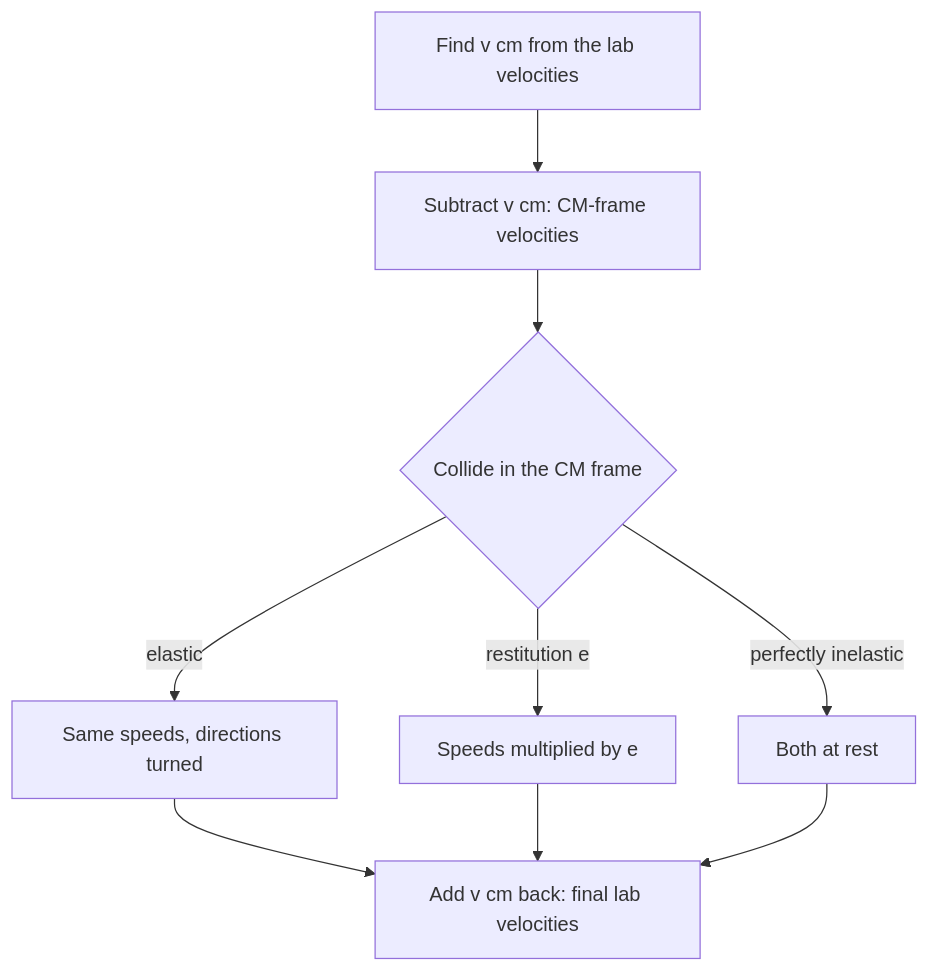
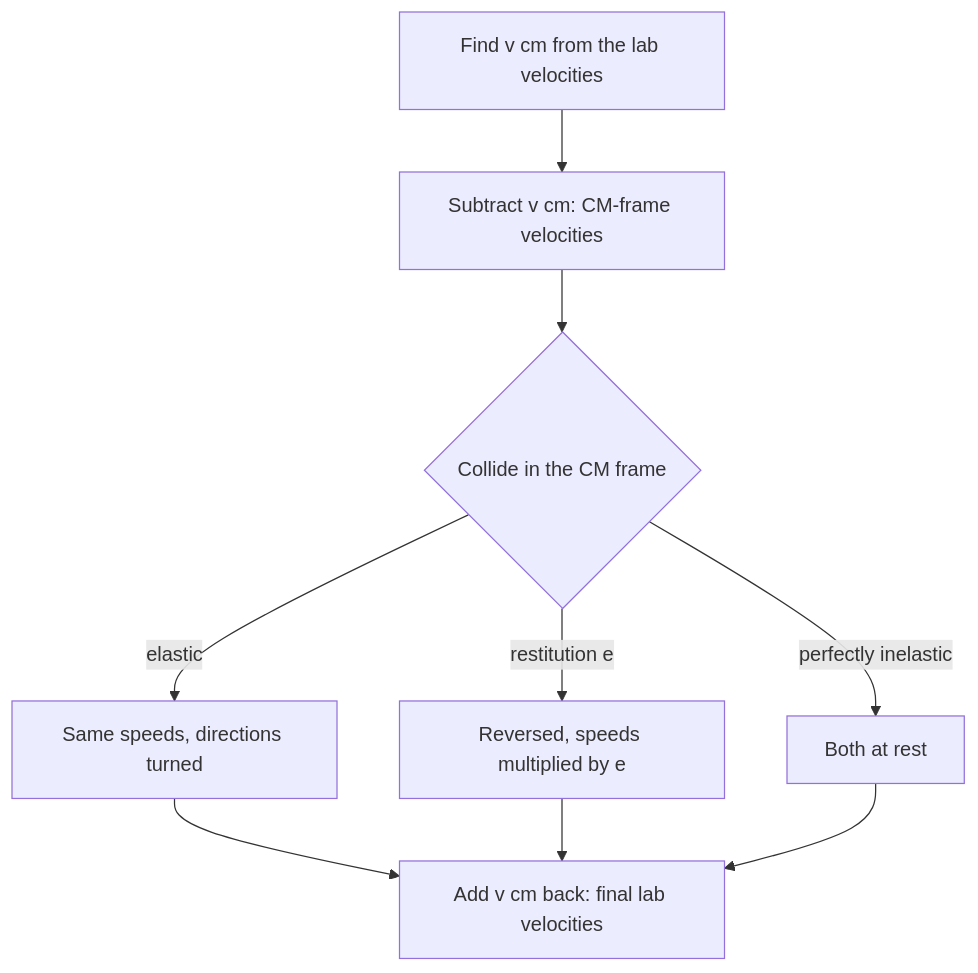
Before and after one commit to Aziliz/erudior: the diagram in content/math/university-physics-1/lessons/14h3-cm-frame.md, drawn with Mermaid. The commit also changed 29 other files, not shown here.

````diff
--- a/content/math/university-physics-1/lessons/14h3-cm-frame.md
+++ b/content/math/university-physics-1/lessons/14h3-cm-frame.md
@@ -33,13 +33,13 @@
 ```mermaid
 flowchart TD
   accTitle: Solving a collision through the center-of-mass frame
-  accDescr: Find the center-of-mass velocity from the lab velocities. Subtract it from each velocity to get CM-frame velocities, which have equal and opposite momenta. Collide in the CM frame: an elastic collision keeps each speed and only turns the directions; with restitution e both speeds are multiplied by e; a perfectly inelastic collision leaves both at rest. Add the center-of-mass velocity back to get the final lab velocities.
+  accDescr: Find the center-of-mass velocity from the lab velocities. Subtract it from each velocity to get CM-frame velocities, which have equal and opposite momenta. Collide in the CM frame: an elastic collision keeps each speed and only turns the directions; with restitution e in one dimension both velocities reverse and their speeds are multiplied by e; a perfectly inelastic collision leaves both at rest. Add the center-of-mass velocity back to get the final lab velocities.
   A["Find v cm from the lab velocities"] --> B["Subtract v cm: CM-frame velocities"]
   B --> C{"Collide in the CM frame"}
   C -->|elastic| D["Same speeds, directions turned"]
-  C -->|"restitution e"| E["Speeds multiplied by e"]
+  C -->|"restitution e"| E["Reversed, speeds multiplied by e"]
   C -->|"perfectly inelastic"| F["Both at rest"]
   D --> G["Add v cm back: final lab velocities"]
   E --> G
   F --> G
 ```
````
